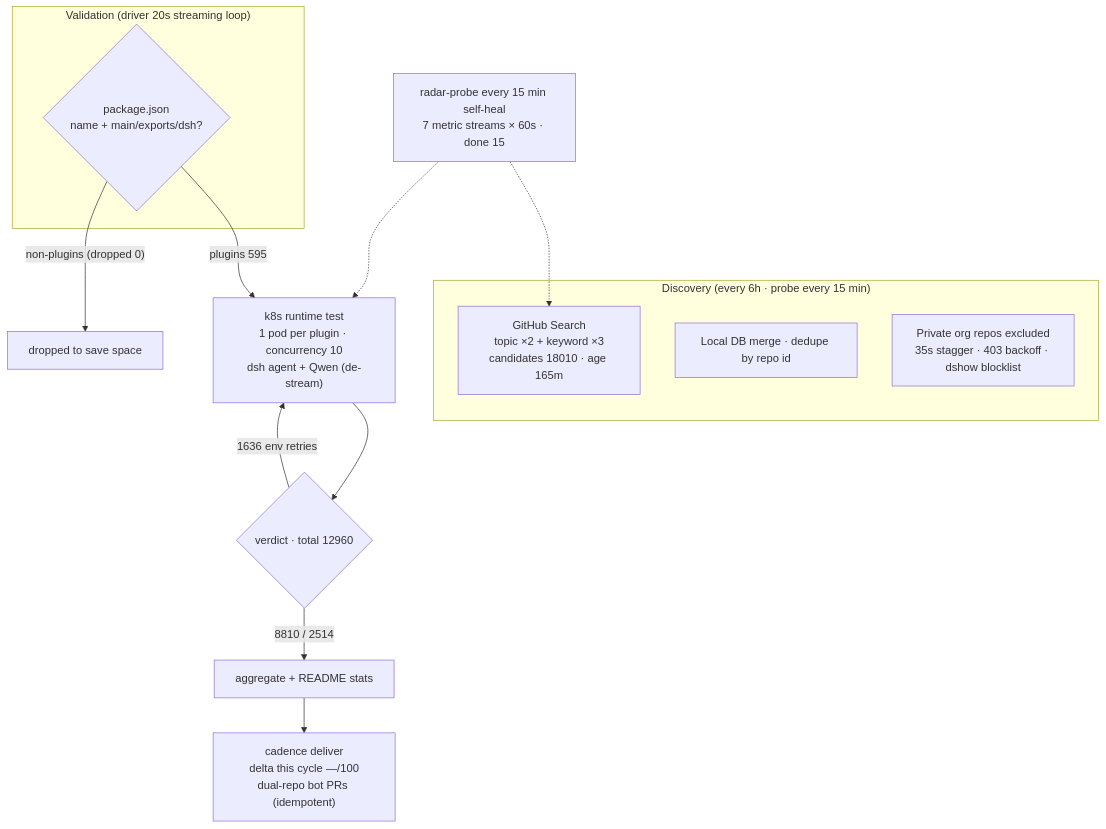
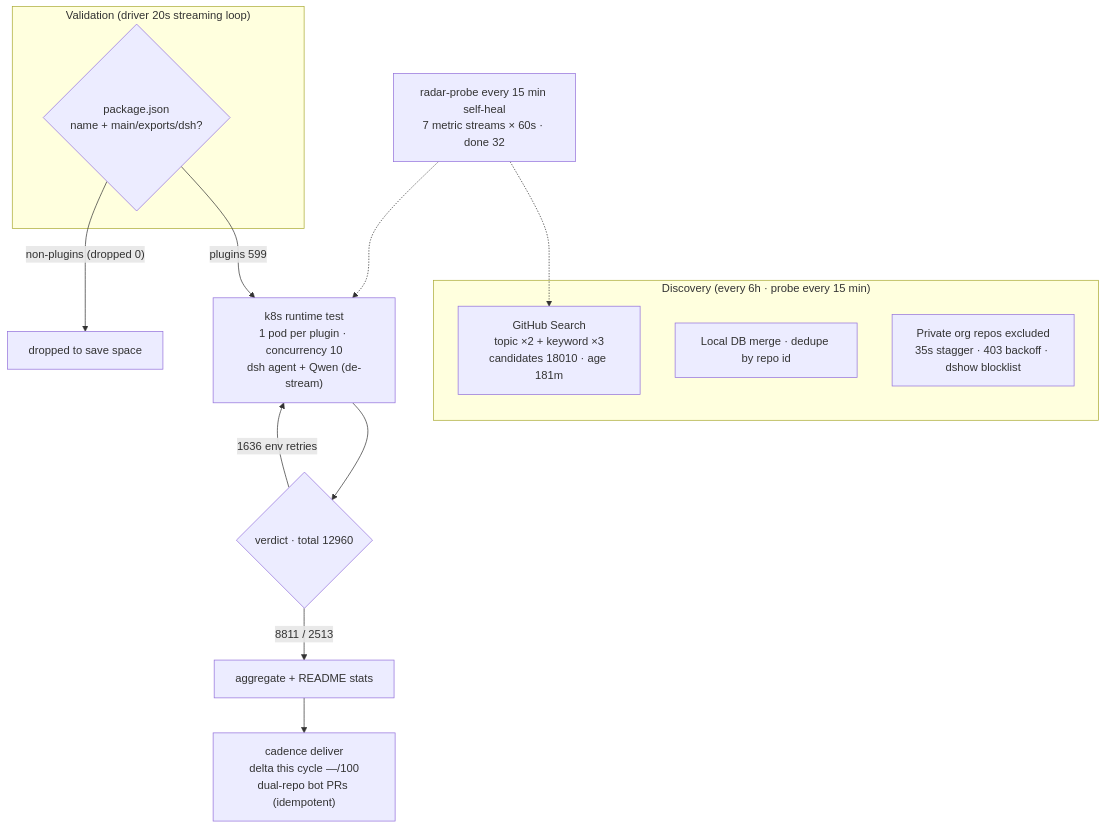
The diagram in README.en-US.md (AdamPlatin123/awesome-dsh-plugins), drawn with Mermaid before and after one commit. The commit also changed other lines of this file and 5 other files, not shown here.

````diff
--- a/README.en-US.md
+++ b/README.en-US.md
@@ -45,20 +45,20 @@
 ```mermaid
 flowchart TB
     subgraph Discovery["Discovery (every 6h · probe every 15 min)"]
-        A1["GitHub Search<br/>topic ×2 + keyword ×3<br/>candidates 18010 · age 165m"]
+        A1["GitHub Search<br/>topic ×2 + keyword ×3<br/>candidates 18010 · age 181m"]
         A2["Local DB merge · dedupe by repo id"]
         A3["Private org repos excluded<br/>35s stagger · 403 backoff · dshow blocklist"]
     end
     subgraph Validation["Validation (driver 20s streaming loop)"]
         B1{"package.json<br/>name + main/exports/dsh?"}
     end
-    B1 -->|"plugins 595"| C1["k8s runtime test<br/>1 pod per plugin · concurrency 10<br/>dsh agent + Qwen (de-stream)"]
+    B1 -->|"plugins 599"| C1["k8s runtime test<br/>1 pod per plugin · concurrency 10<br/>dsh agent + Qwen (de-stream)"]
     B1 -->|"non-plugins (dropped 0)"| B3["dropped to save space"]
     C1 --> D1{"verdict · total 12960"}
-    D1 -->|"8810 / 2514"| E1["aggregate + README stats"]
+    D1 -->|"8811 / 2513"| E1["aggregate + README stats"]
     D1 -->|"1636 env retries"| C1
     E1 --> E2["cadence deliver<br/>delta this cycle —/100<br/>dual-repo bot PRs (idempotent)"]
-    M["radar-probe every 15 min self-heal<br/>7 metric streams × 60s · done 15"]
+    M["radar-probe every 15 min self-heal<br/>7 metric streams × 60s · done 32"]
     M -.-> A1
     M -.-> C1
 ```
````
